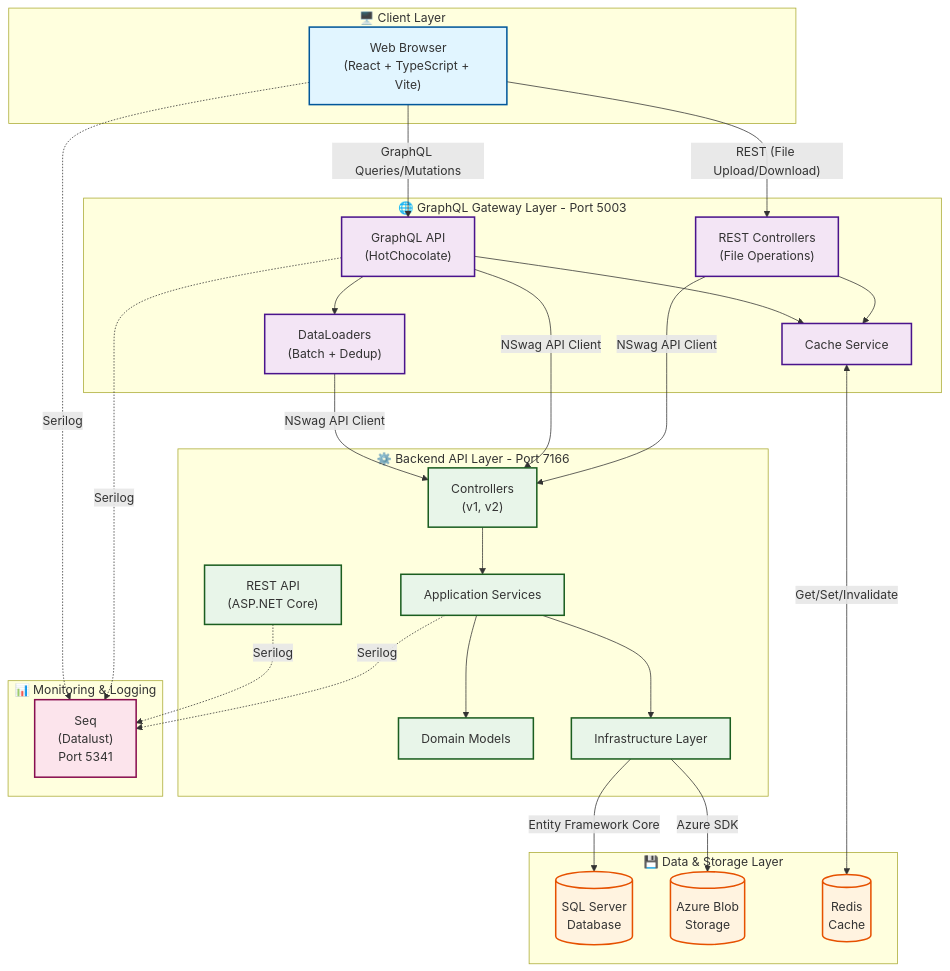
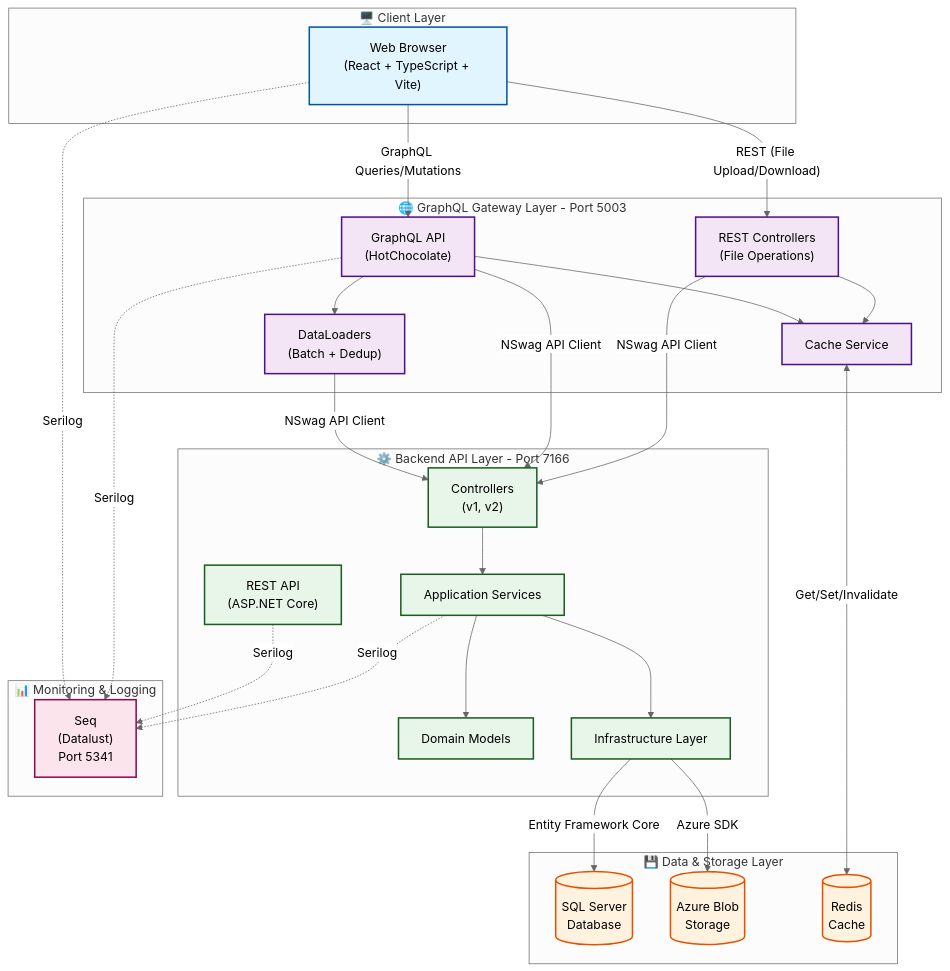
Before and after one commit to joealfa/ems-v2: the diagram in README.md, drawn with Mermaid.

Commit message:
feat: update Mermaid diagram theme in README for improved visualization

````diff
--- a/README.md
+++ b/README.md
@@ -180,76 +180,77 @@
 ```mermaid
+%%{init: {'theme': 'neutral'}}%%
 graph TB
     subgraph Client["🖥️ Client Layer"]
         Browser["Web Browser<br/>(React + TypeScript + Vite)"]
     end
 
     subgraph Gateway["🌐 GraphQL Gateway Layer - Port 5003"]
         GQL["GraphQL API<br/>(HotChocolate)"]
         DataLoaders["DataLoaders<br/>(Batch + Dedup)"]
         RestProxy["REST Controllers<br/>(File Operations)"]
         CacheService["Cache Service"]
     end
 
     subgraph Backend["⚙️ Backend API Layer - Port 7166"]
         API["REST API<br/>(ASP.NET Core)"]
         Controllers["Controllers<br/>(v1, v2)"]
         Services["Application Services"]
         Domain["Domain Models"]
         Infrastructure["Infrastructure Layer"]
     end
 
     subgraph Data["💾 Data & Storage Layer"]
         SQL[(SQL Server<br/>Database)]
         Blob[("Azure Blob<br/>Storage")]
         Redis[("Redis<br/>Cache")]
     end
 
     subgraph Monitoring["📊 Monitoring & Logging"]
         Seq["Seq<br/>(Datalust)<br/>Port 5341"]
     end
 
     %% Client interactions
     Browser -->|"GraphQL Queries/Mutations"| GQL
     Browser -->|"REST (File Upload/Download)"| RestProxy
 
     %% Gateway internal flow
     GQL --> DataLoaders
     GQL --> CacheService
     RestProxy --> CacheService
     
     %% Gateway to Backend
     DataLoaders -->|"NSwag API Client"| Controllers
     GQL -->|"NSwag API Client"| Controllers
     RestProxy -->|"NSwag API Client"| Controllers
 
     %% Cache interactions
     CacheService <-->|"Get/Set/Invalidate"| Redis
 
     %% Backend internal flow
     Controllers --> Services
     Services --> Domain
     Services --> Infrastructure
 
     %% Data access
     Infrastructure -->|"Entity Framework Core"| SQL
     Infrastructure -->|"Azure SDK"| Blob
 
     %% Logging
     Browser -.->|"Serilog"| Seq
     GQL -.->|"Serilog"| Seq
     API -.->|"Serilog"| Seq
     Services -.->|"Serilog"| Seq
 
     %% Styling
     classDef clientStyle fill:#e1f5ff,stroke:#01579b,stroke-width:2px
     classDef gatewayStyle fill:#f3e5f5,stroke:#4a148c,stroke-width:2px
     classDef backendStyle fill:#e8f5e9,stroke:#1b5e20,stroke-width:2px
     classDef dataStyle fill:#fff3e0,stroke:#e65100,stroke-width:2px
     classDef monitorStyle fill:#fce4ec,stroke:#880e4f,stroke-width:2px
 
     class Browser clientStyle
     class GQL,DataLoaders,RestProxy,CacheService gatewayStyle
     class API,Controllers,Services,Domain,Infrastructure backendStyle
     class SQL,Blob,Redis dataStyle
     class Seq monitorStyle
 ```
````
